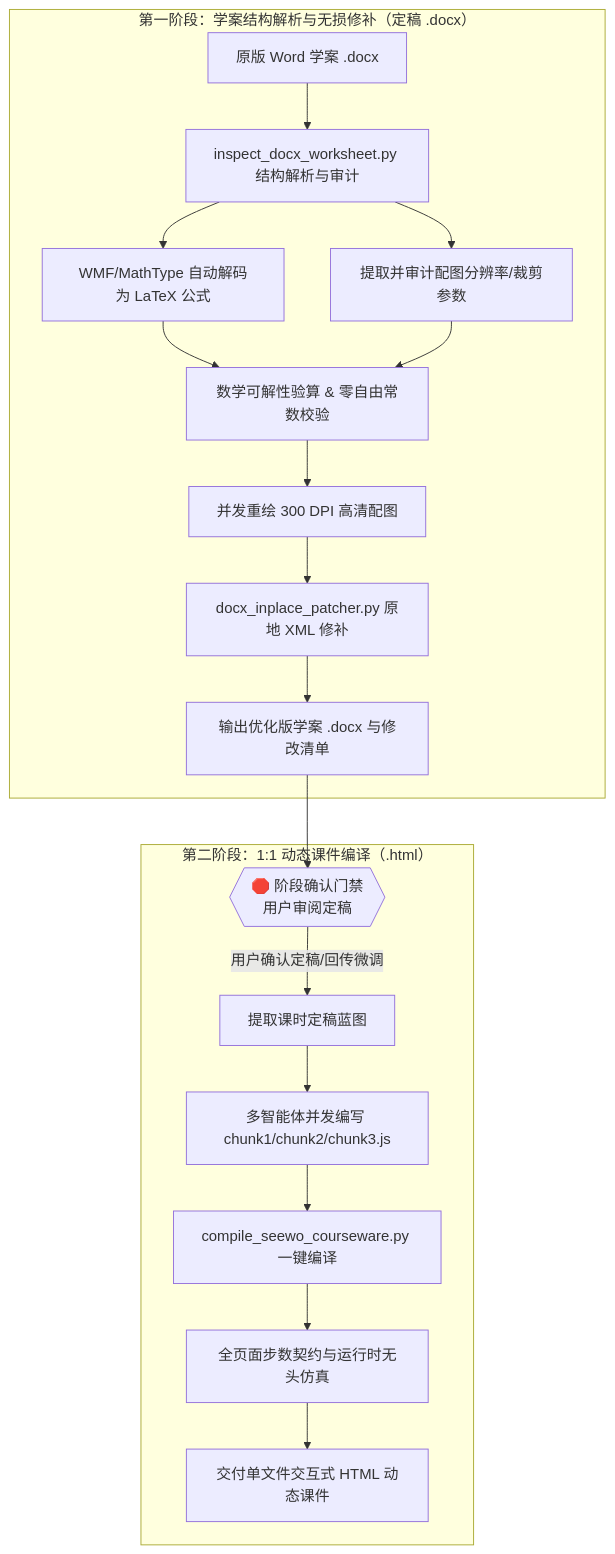
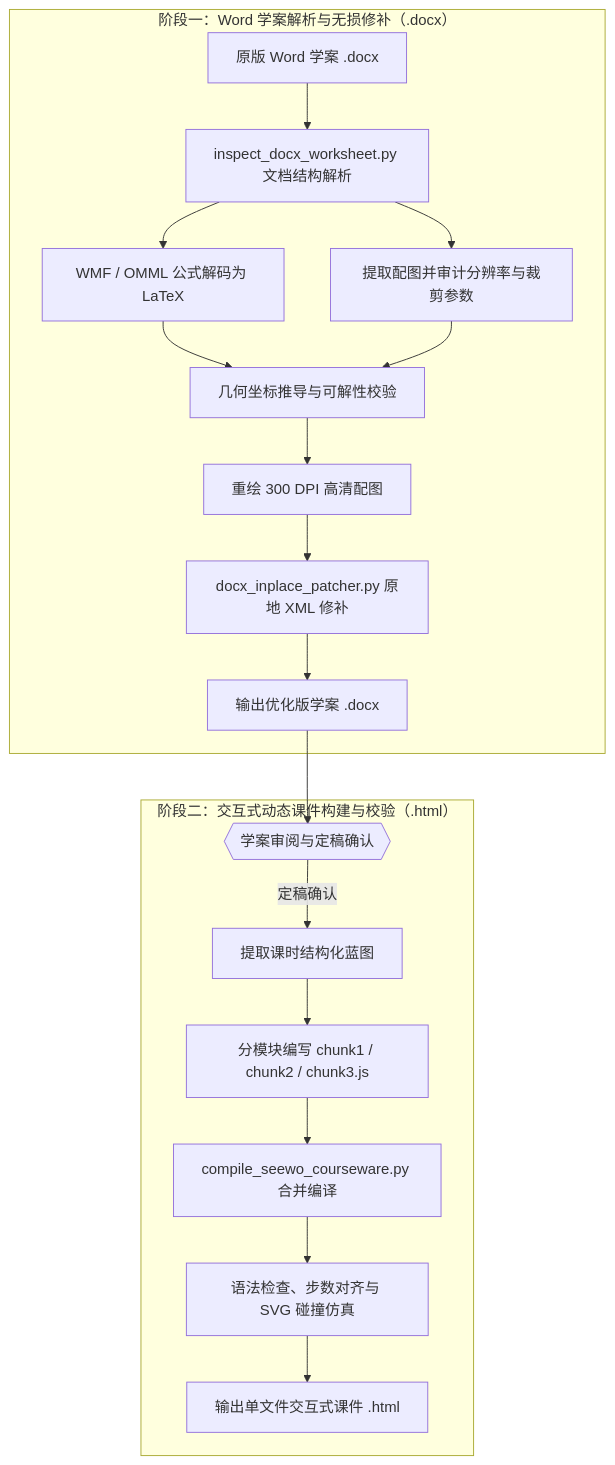
One commit to HaoranXIONG-edu/math-interactive-courseware changed the diagram in README.md. Above: the diagram before and after it, drawn with Mermaid. The commit also changed other lines of this file, not shown here.

Commit message:
docs(readme): refine section 1 title, flowchart, and workflow descriptions

````diff
--- a/README.md
+++ b/README.md
@@ -27,22 +27,22 @@
 ```mermaid
 flowchart TD
-  subgraph Stage1["第一阶段：学案结构解析与无损修补（定稿 .docx）"]
-    A[原版 Word 学案 .docx] --> B[inspect_docx_worksheet.py 结构解析与审计]
-    B --> C[WMF/MathType 自动解码为 LaTeX 公式]
-    B --> D[提取并审计配图分辨率/裁剪参数]
-    C & D --> E[数学可解性验算 & 零自由常数校验]
-    E --> F[并发重绘 300 DPI 高清配图]
+  subgraph Stage1["阶段一：Word 学案解析与无损修补（.docx）"]
+    A[原版 Word 学案 .docx] --> B[inspect_docx_worksheet.py 文档结构解析]
+    B --> C[WMF / OMML 公式解码为 LaTeX]
+    B --> D[提取配图并审计分辨率与裁剪参数]
+    C & D --> E[几何坐标推导与可解性校验]
+    E --> F[重绘 300 DPI 高清配图]
     F --> G[docx_inplace_patcher.py 原地 XML 修补]
-    G --> H[输出优化版学案 .docx 与修改清单]
+    G --> H[输出优化版学案 .docx]
   end
 
-  H --> Gate{{"🛑 阶段确认门禁<br/>用户审阅定稿"}}
+  H --> Gate{{"学案审阅与定稿确认"}}
 
-  subgraph Stage2["第二阶段：1:1 动态课件编译（.html）"]
-    Gate -->|用户确认定稿/回传微调| I[提取课时定稿蓝图]
-    I --> J[多智能体并发编写 chunk1/chunk2/chunk3.js]
-    J --> K[compile_seewo_courseware.py 一键编译]
-    K --> L[全页面步数契约与运行时无头仿真]
-    L --> M[交付单文件交互式 HTML 动态课件]
+  subgraph Stage2["阶段二：交互式动态课件构建与校验（.html）"]
+    Gate -->|定稿确认| I[提取课时结构化蓝图]
+    I --> J[分模块编写 chunk1 / chunk2 / chunk3.js]
+    J --> K[compile_seewo_courseware.py 合并编译]
+    K --> L[语法检查、步数对齐与 SVG 碰撞仿真]
+    L --> M[输出单文件交互式课件 .html]
   end
 ```
````
